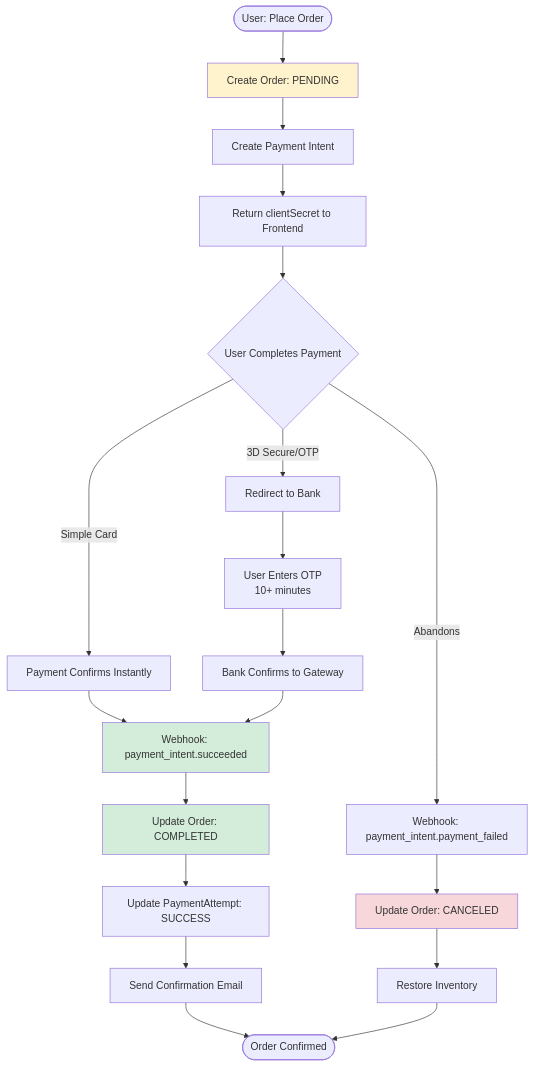
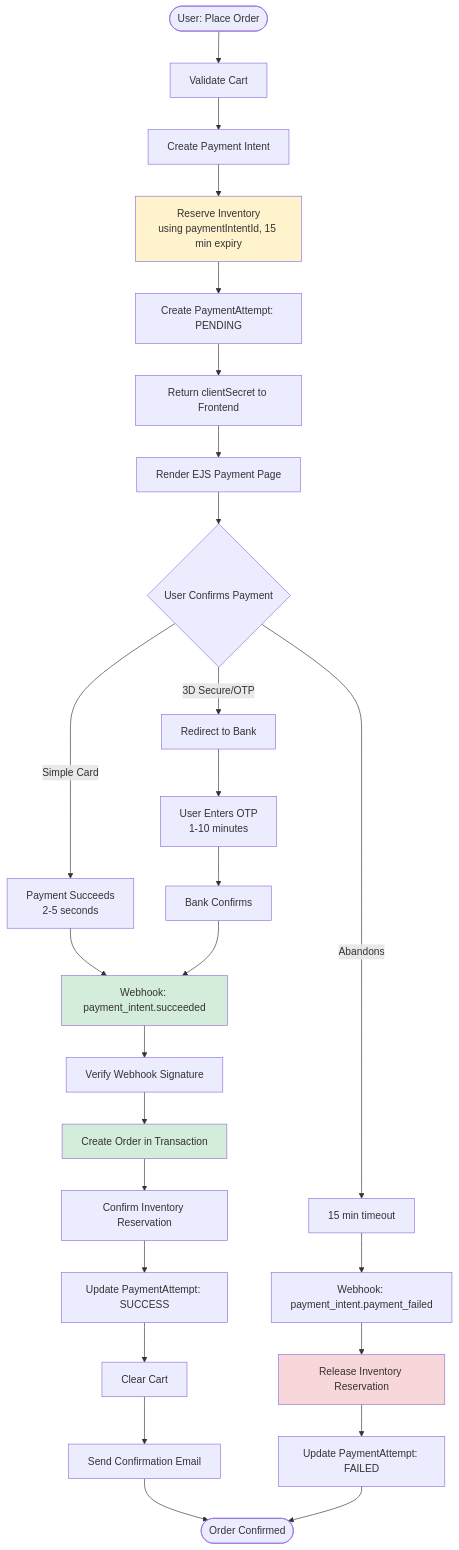
The first of 2 diagrams in docs/payment_gateway_design.md (RedaAwwad/Food-Delivery), drawn with Mermaid before and after one commit. The commit also changed other lines of this file, not shown here.

Commit message:
fix payment gateway docs

````diff
--- a/docs/payment_gateway_design.md
+++ b/docs/payment_gateway_design.md
@@ -103,31 +41,39 @@
 ```mermaid
 flowchart TD
-    Start([User: Place Order]) --> CreateOrder[Create Order: PENDING]
-    CreateOrder --> CreateIntent[Create Payment Intent]
-    CreateIntent --> ReturnSecret[Return clientSecret to Frontend]
+    Start([User: Place Order]) --> ValidateCart[Validate Cart]
+    ValidateCart --> CreateIntent[Create Payment Intent]
+    CreateIntent --> ReserveInv[Reserve Inventory<br/>using paymentIntentId, 15 min expiry]
+    ReserveInv --> CreatePending[Create PaymentAttempt: PENDING]
+    CreatePending --> ReturnSecret[Return clientSecret to Frontend]
     
-    ReturnSecret --> UserAction{User Completes Payment}
-    UserAction -->|Simple Card| Instant[Payment Confirms Instantly]
-    UserAction -->|3D Secure/OTP| Redirect[Redirect to Bank]
+    ReturnSecret --> EJSPage[Render EJS Payment Page]
+    EJSPage --> UserPays{User Confirms Payment}
     
-    Redirect --> BankAuth[User Enters OTP<br/>10+ minutes]
-    BankAuth --> BankConfirm[Bank Confirms to Gateway]
+    UserPays -->|Simple Card| Instant[Payment Succeeds<br/>2-5 seconds]
+    UserPays -->|3D Secure/OTP| Redirect[Redirect to Bank]
+    UserPays -->|Abandons| Timeout[15 min timeout]
     
-    Instant --> Webhook[Webhook: payment_intent.succeeded]
-    BankConfirm --> Webhook
+    Redirect --> BankAuth[User Enters OTP<br/>1-10 minutes]
+    BankAuth --> BankConfirm[Bank Confirms]
     
-    Webhook --> UpdateOrder[Update Order: COMPLETED]
-    UpdateOrder --> UpdateAttempt[Update PaymentAttempt: SUCCESS]
-    UpdateAttempt --> Notify[Send Confirmation Email]
-    Notify --> End([Order Confirmed])
+    Instant --> WebhookSuccess[Webhook: payment_intent.succeeded]
+    BankConfirm --> WebhookSuccess
     
-    UserAction -->|Abandons| Timeout[Webhook: payment_intent.payment_failed]
-    Timeout --> CancelOrder[Update Order: CANCELED]
-    CancelOrder --> RestoreInv[Restore Inventory]
-    RestoreInv --> End
+    WebhookSuccess --> VerifySig[Verify Webhook Signature]
+    VerifySig --> CreateOrder[Create Order in Transaction]
+    CreateOrder --> ConfirmReserve[Confirm Inventory Reservation]
+    ConfirmReserve --> UpdateAttempt[Update PaymentAttempt: SUCCESS]
+    UpdateAttempt --> ClearCart[Clear Cart]
+    ClearCart --> SendEmail[Send Confirmation Email]
+    SendEmail --> End([Order Confirmed])
     
-    style CreateOrder fill:#fff3cd
-    style Webhook fill:#d4edda
-    style UpdateOrder fill:#d4edda
-    style CancelOrder fill:#f8d7da
+    Timeout --> WebhookFailed[Webhook: payment_intent.payment_failed]
+    WebhookFailed --> ReleaseInv[Release Inventory Reservation]
+    ReleaseInv --> UpdateFailed[Update PaymentAttempt: FAILED]
+    UpdateFailed --> End
+    
+    style ReserveInv fill:#fff3cd
+    style WebhookSuccess fill:#d4edda
+    style CreateOrder fill:#d4edda
+    style ReleaseInv fill:#f8d7da
 ```
````
